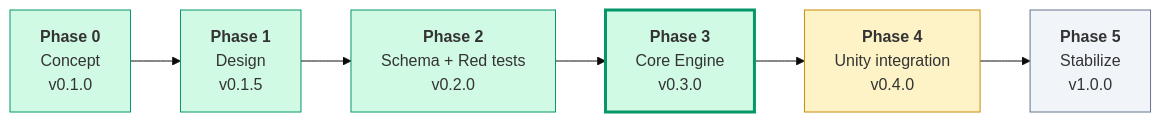
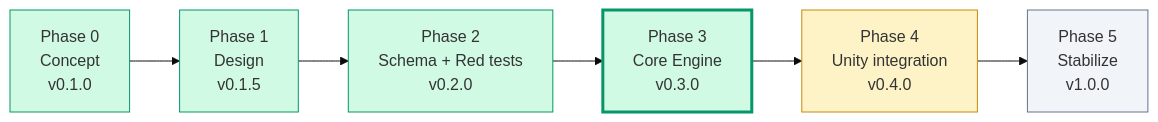
The second of 12 diagrams in README.md (hiroxpepe/animo), drawn with Mermaid (base theme) before and after one commit. The commit also changed other lines of this file and 11 other files, not shown here.

````diff
--- a/README.md
+++ b/README.md
@@ -59,16 +59,16 @@
 ```mermaid
 flowchart LR
-  P0["<b>Phase 0</b><br/>Concept<br/>v0.1.0"]
-  P1["<b>Phase 1</b><br/>Design<br/>v0.1.5"]
-  P2["<b>Phase 2</b><br/>Schema + Red tests<br/>v0.2.0"]
-  P3["<b>Phase 3</b><br/>Core Engine<br/>v0.3.0"]
-  P4["<b>Phase 4</b><br/>Unity integration<br/>v0.4.0"]
-  P5["<b>Phase 5</b><br/>Stabilize<br/>v1.0.0"]
+  P0["Phase 0<br/>Concept<br/>v0.1.0"]
+  P1["Phase 1<br/>Design<br/>v0.1.5"]
+  P2["Phase 2<br/>Schema + Red tests<br/>v0.2.0"]
+  P3["Phase 3<br/>Core Engine<br/>v0.3.0"]
+  P4["Phase 4<br/>Unity integration<br/>v0.4.0"]
+  P5["Phase 5<br/>Stabilize<br/>v1.0.0"]
   P0 --> P1 --> P2 --> P3 --> P4 --> P5
   style P0 fill:#d1fae5,stroke:#059669
   style P1 fill:#d1fae5,stroke:#059669
   style P2 fill:#d1fae5,stroke:#059669
   style P3 fill:#d1fae5,stroke:#059669,stroke-width:3px
   style P4 fill:#fef3c7,stroke:#ca8a04
   style P5 fill:#f1f5f9,stroke:#64748b
 ```
````
